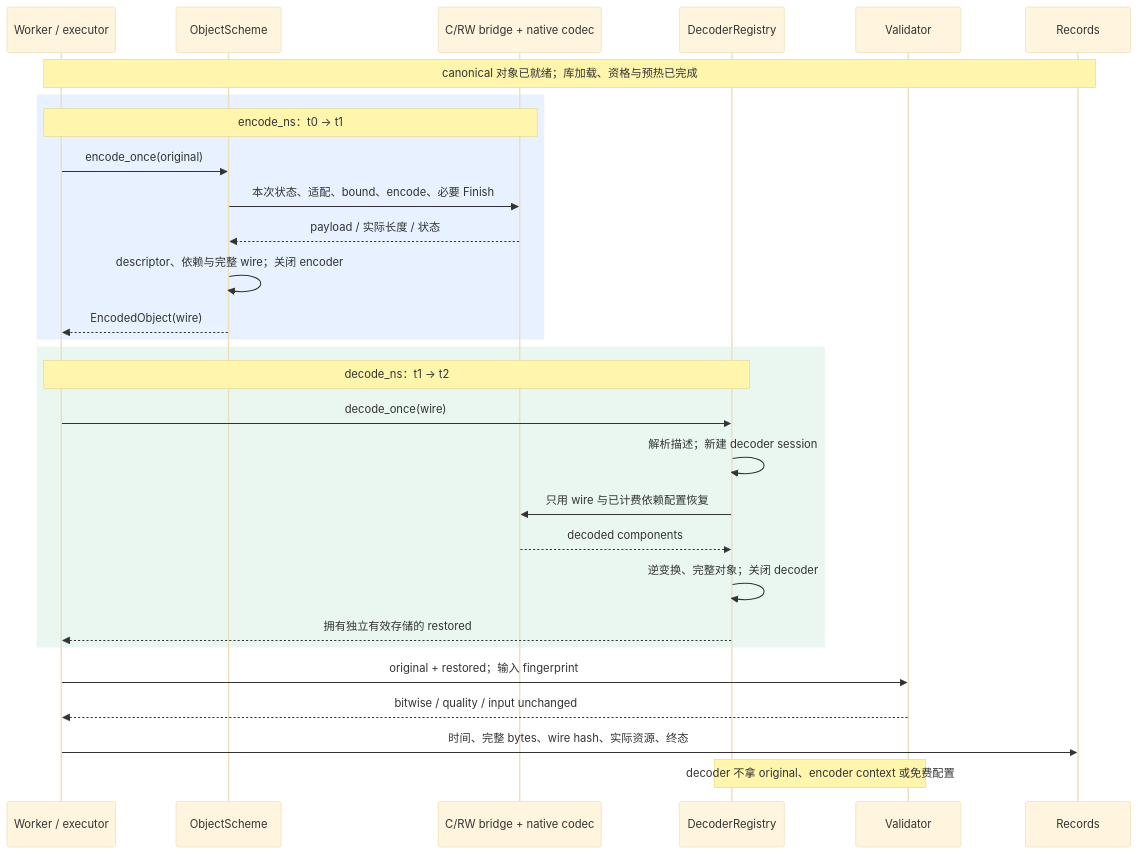
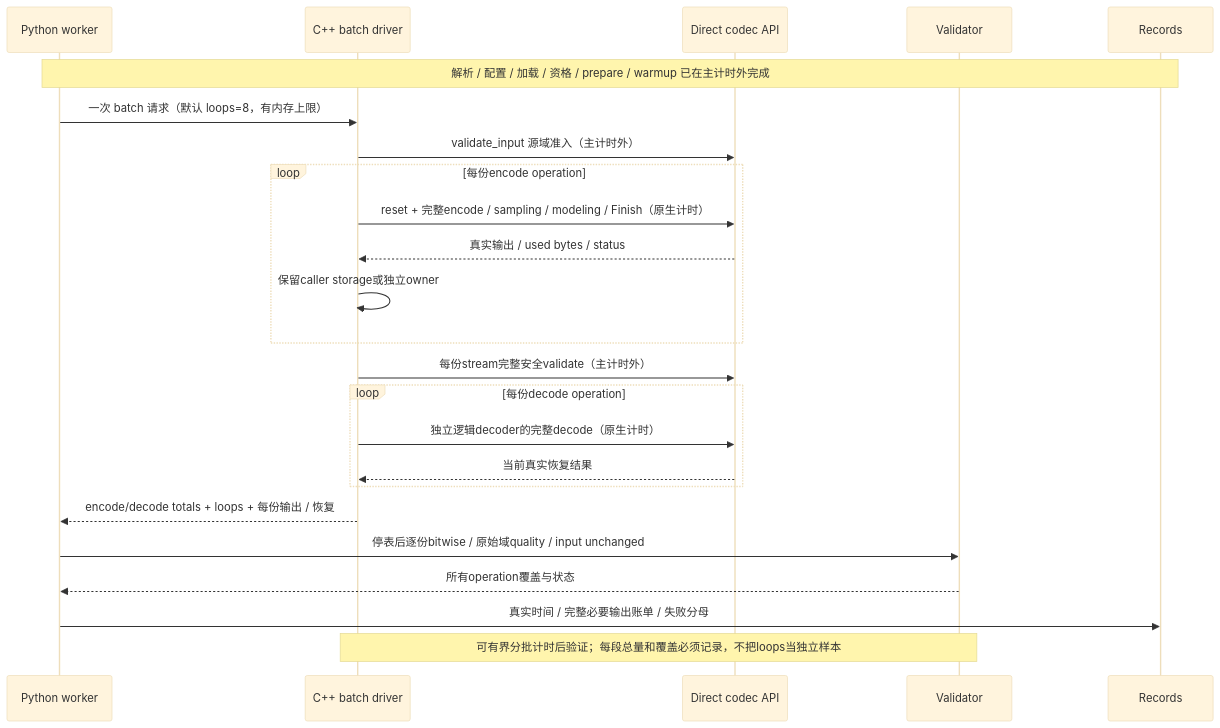
Before and after one commit to t12131219/TSCompressBenchMark: the third of 3 diagrams in docs/diagrams/README.md, drawn with Mermaid (base theme). The commit also changed other lines of this file and 3071 other files, not shown here.

````diff
--- a/docs/diagrams/README.md
+++ b/docs/diagrams/README.md
@@ -105,31 +69,26 @@
 ```mermaid
 sequenceDiagram
-  participant W as Worker / executor
-  participant S as ObjectScheme
-  participant B as C/RW bridge + native codec
-  participant D as DecoderRegistry
+  participant P as Python worker
+  participant C as C++ batch driver
+  participant K as Direct codec API
   participant V as Validator
   participant R as Records
-  Note over W,R: canonical 对象已就绪；库加载、资格与预热已完成
-  rect rgb(231, 241, 255)
-    Note over W,B: encode_ns：t0 → t1
-    W->>S: encode_once(original)
-    S->>B: 本次状态、适配、bound、encode、必要 Finish
-    B-->>S: payload / 实际长度 / 状态
-    S->>S: descriptor、依赖与完整 wire；关闭 encoder
-    S-->>W: EncodedObject(wire)
+  Note over P,R: 解析 / 配置 / 加载 / 资格 / prepare / warmup 已在主计时外完成
+  P->>C: 一次 batch 请求（默认 loops=8，有内存上限）
+  C->>K: validate_input 源域准入（主计时外）
+  loop 每份encode operation
+    C->>K: reset + 完整encode / sampling / modeling / Finish（原生计时）
+    K-->>C: 真实输出 / used bytes / status
+    C->>C: 保留caller storage或独立owner
   end
-  rect rgb(234, 247, 241)
-    Note over W,D: decode_ns：t1 → t2
-    W->>D: decode_once(wire)
-    D->>D: 解析描述；新建 decoder session
-    D->>B: 只用 wire 与已计费依赖配置恢复
-    B-->>D: decoded components
-    D->>D: 逆变换、完整对象；关闭 decoder
-    D-->>W: 拥有独立有效存储的 restored
+  C->>K: 每份stream完整安全validate（主计时外）
+  loop 每份decode operation
+    C->>K: 独立逻辑decoder的完整decode（原生计时）
+    K-->>C: 当前真实恢复结果
   end
-  W->>V: original + restored；输入 fingerprint
-  V-->>W: bitwise / quality / input unchanged
-  W->>R: 时间、完整 bytes、wire hash、实际资源、终态
-  Note over D,V: decoder 不拿 original、encoder context 或免费配置
+  C-->>P: encode/decode totals + loops + 每份输出 / 恢复
+  P->>V: 停表后逐份bitwise / 原始域quality / input unchanged
+  V-->>P: 所有operation覆盖与状态
+  P->>R: 真实时间 / 完整必要输出账单 / 失败分母
+  Note over C,V: 可有界分批计时后验证；每段总量和覆盖必须记录，不把loops当独立样本
 ```
````
